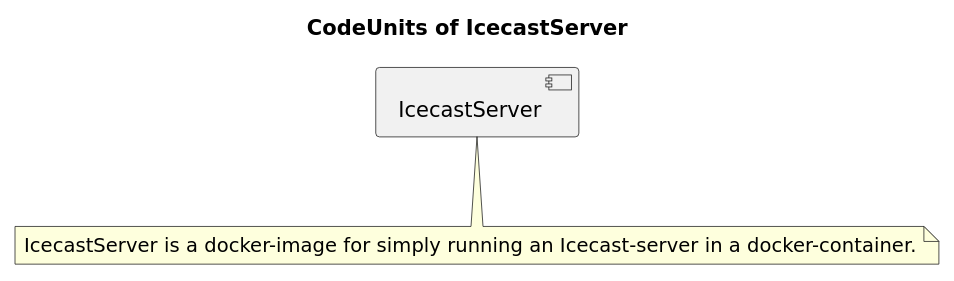
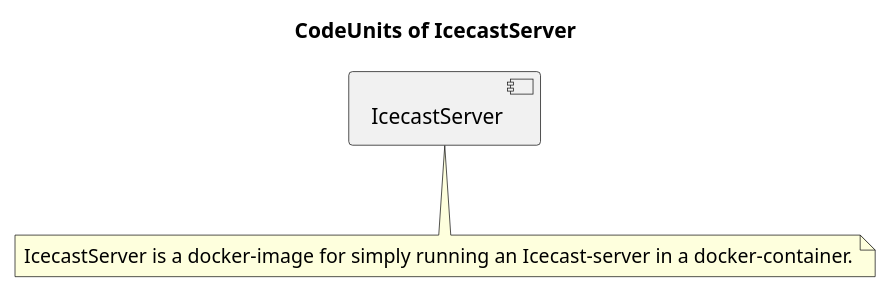
One commit to anionDevelopment/IcecastServer changed the diagram in Other/Reference/Technical/Diagrams/CodeUnits-Overview.plantuml. Above: the diagram before and after it, drawn with PlantUML. The commit also changed 28 other files, not shown here.

```diff
--- a/Other/Reference/Technical/Diagrams/CodeUnits-Overview.plantuml
+++ b/Other/Reference/Technical/Diagrams/CodeUnits-Overview.plantuml
@@ -1,12 +1,11 @@
 @startuml CodeUnits-Overview
-skinparam defaultFontName "DejaVu Sans"
 title CodeUnits of IcecastServer
 
 [IcecastServer]
 note as IcecastServerNote
   IcecastServer is a docker-image for simply running an Icecast-server in a docker-container.
 end note
 IcecastServer .. IcecastServerNote
 
 
 @enduml
```
